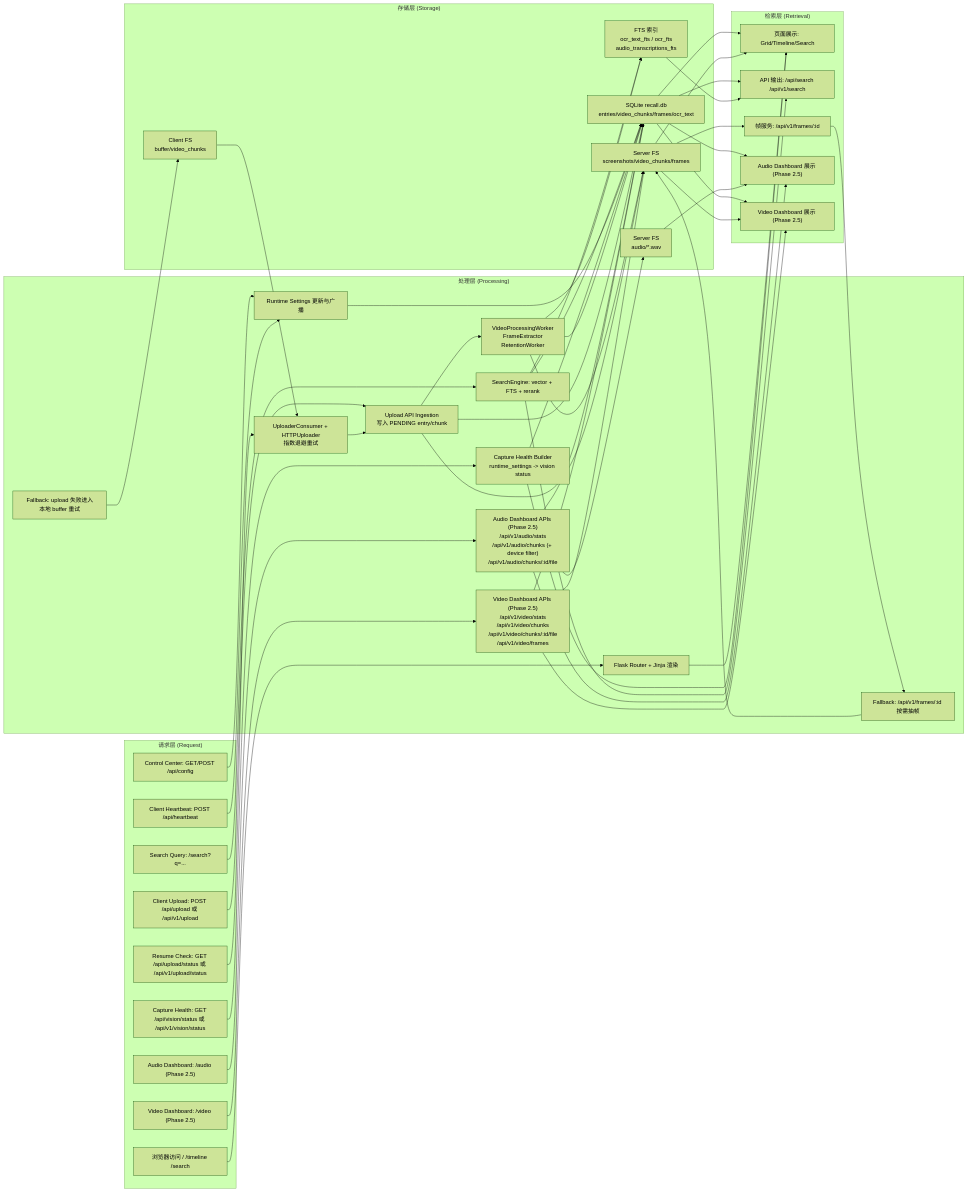
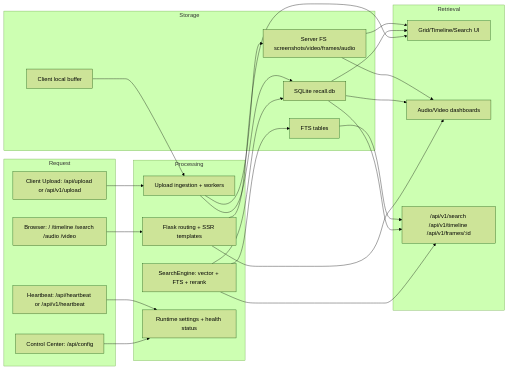
One commit to Xinm123/MyRecall changed the diagram in v3/webui/DATAFLOW.md. Above: the diagram before and after it, drawn with Mermaid (forest theme). The commit also changed other lines of this file and 21 other files, not shown here.

````diff
--- a/v3/webui/DATAFLOW.md
+++ b/v3/webui/DATAFLOW.md
@@ -5,87 +5,48 @@
 ```mermaid
----
-config:
-  layout: dagre
----
 flowchart LR
- subgraph REQ["请求层 (Request)"]
-    R1["浏览器访问 / /timeline /search"]
-    R2["Control Center: GET/POST /api/config"]
-    R3["Search Query: /search?q=..."]
-    R4["Client Heartbeat: POST /api/heartbeat"]
-    R5["Client Upload: POST /api/upload 或 /api/v1/upload"]
-    R6["Resume Check: GET /api/upload/status 或 /api/v1/upload/status"]
-    R7["Capture Health: GET /api/vision/status 或 /api/v1/vision/status"]
-    R8["Audio Dashboard: /audio (Phase 2.5)"]
-    R9["Video Dashboard: /video (Phase 2.5)"]
- end
- subgraph PROC["处理层 (Processing)"]
-    P1["Flask Router + Jinja 渲染"]
+  subgraph Request
+    B1["Browser: / /timeline /search /audio /video"]
+    C1["Control Center: /api/config"]
+    U1["Client Upload: /api/upload or /api/v1/upload"]
+    H1["Heartbeat: /api/heartbeat or /api/v1/heartbeat"]
+  end
+
+  subgraph Processing
+    P1["Flask routing + SSR templates"]
     P2["SearchEngine: vector + FTS + rerank"]
-    P3["Runtime Settings 更新与广播"]
-    P0["UploaderConsumer + HTTPUploader\n指数退避重试"]
-    P5["Upload API Ingestion\n写入 PENDING entry/chunk"]
-    P4["VideoProcessingWorker\nFrameExtractor\nRetentionWorker"]
-    P6["Capture Health Builder\nruntime_settings -> vision status"]
-    PF1["Fallback: upload 失败进入本地 buffer 重试"]
-    PF2["Fallback: /api/v1/frames/:id 按需抽帧"]
-    PA["Audio Dashboard APIs (Phase 2.5)\n/api/v1/audio/stats\n/api/v1/audio/chunks (+ device filter)\n/api/v1/audio/chunks/:id/file"]
-    PV["Video Dashboard APIs (Phase 2.5)\n/api/v1/video/stats\n/api/v1/video/chunks\n/api/v1/video/chunks/:id/file\n/api/v1/video/frames"]
- end
- subgraph STORE["存储层 (Storage)"]
-    S1["SQLite recall.db\nentries/video_chunks/frames/ocr_text"]
-    S2["FTS 索引\nocr_text_fts / ocr_fts\naudio_transcriptions_fts"]
-    S3["Server FS\nscreenshots/video_chunks/frames"]
-    S4["Client FS\nbuffer/video_chunks"]
-    S5["Server FS\naudio/*.wav"]
- end
- subgraph RET["检索层 (Retrieval)"]
-    T1["页面展示: Grid/Timeline/Search"]
-    T2["API 输出: /api/search /api/v1/search"]
-    T3["帧服务: /api/v1/frames/:id"]
-    T4["Audio Dashboard 展示 (Phase 2.5)"]
-    T5["Video Dashboard 展示 (Phase 2.5)"]
- end
-    R1 --> P1
-    R2 --> P3
-    R3 --> P2
-    R4 --> P3
-    R5 --> P5
-    R6 --> P0
-    R7 --> P6
-    P1 --> T1
-    P2 --> T2
-    P2 --> S1
-    P2 --> S2
-    P3 --> S1
-    P6 --> S1
-    P4 --> S1
-    P4 --> S2
-    P4 --> S3
-    PF1 --> S4
-    S4 --> P0
-    P0 --> P5
-    P5 --> S1
-    P5 --> S3
-    P5 --> P4
-    T3 --> PF2
-    P6 --> T1
-    PF2 --> S3
-    S1 --> T1
-    S1 --> T2
-    S2 --> T2
-    S3 --> T1
-    S3 --> T3
-    R8 --> PA
-    R9 --> PV
-    PA --> S1
-    PA --> S5
-    PV --> S1
-    PV --> S3
-    PA --> T4
-    PV --> T5
-    S1 --> T4
-    S1 --> T5
-    S5 --> T4
-    S3 --> T5
+    P3["Upload ingestion + workers"]
+    P4["Runtime settings + health status"]
+  end
+
+  subgraph Storage
+    S1["SQLite recall.db"]
+    S2["FTS tables"]
+    S3["Server FS screenshots/video/frames/audio"]
+    S4["Client local buffer"]
+  end
+
+  subgraph Retrieval
+    R1["Grid/Timeline/Search UI"]
+    R2["Audio/Video dashboards"]
+    R3["/api/v1/search /api/v1/timeline /api/v1/frames/:id"]
+  end
+
+  B1 --> P1
+  C1 --> P4
+  U1 --> P3
+  H1 --> P4
+  P1 --> R1
+  P1 --> R2
+  P2 --> R3
+  P2 --> S1
+  P2 --> S2
+  P3 --> S1
+  P3 --> S3
+  S4 --> P3
+  S1 --> R1
+  S1 --> R2
+  S1 --> R3
+  S2 --> R3
+  S3 --> R1
+  S3 --> R2
 ```
````
